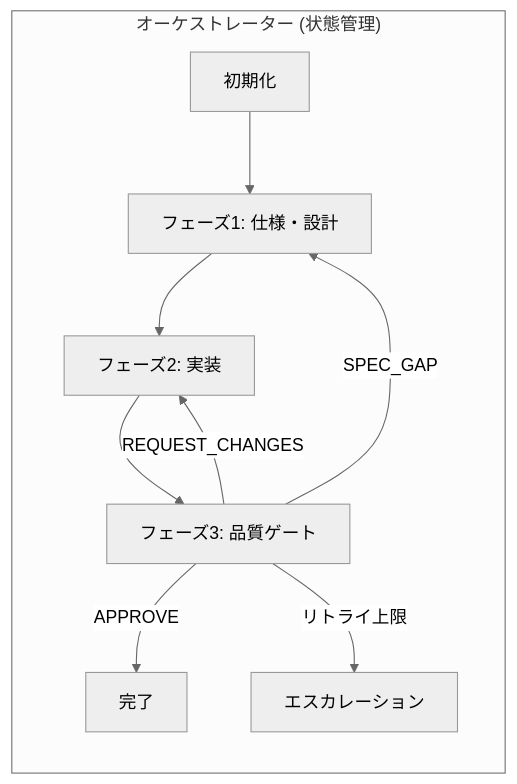
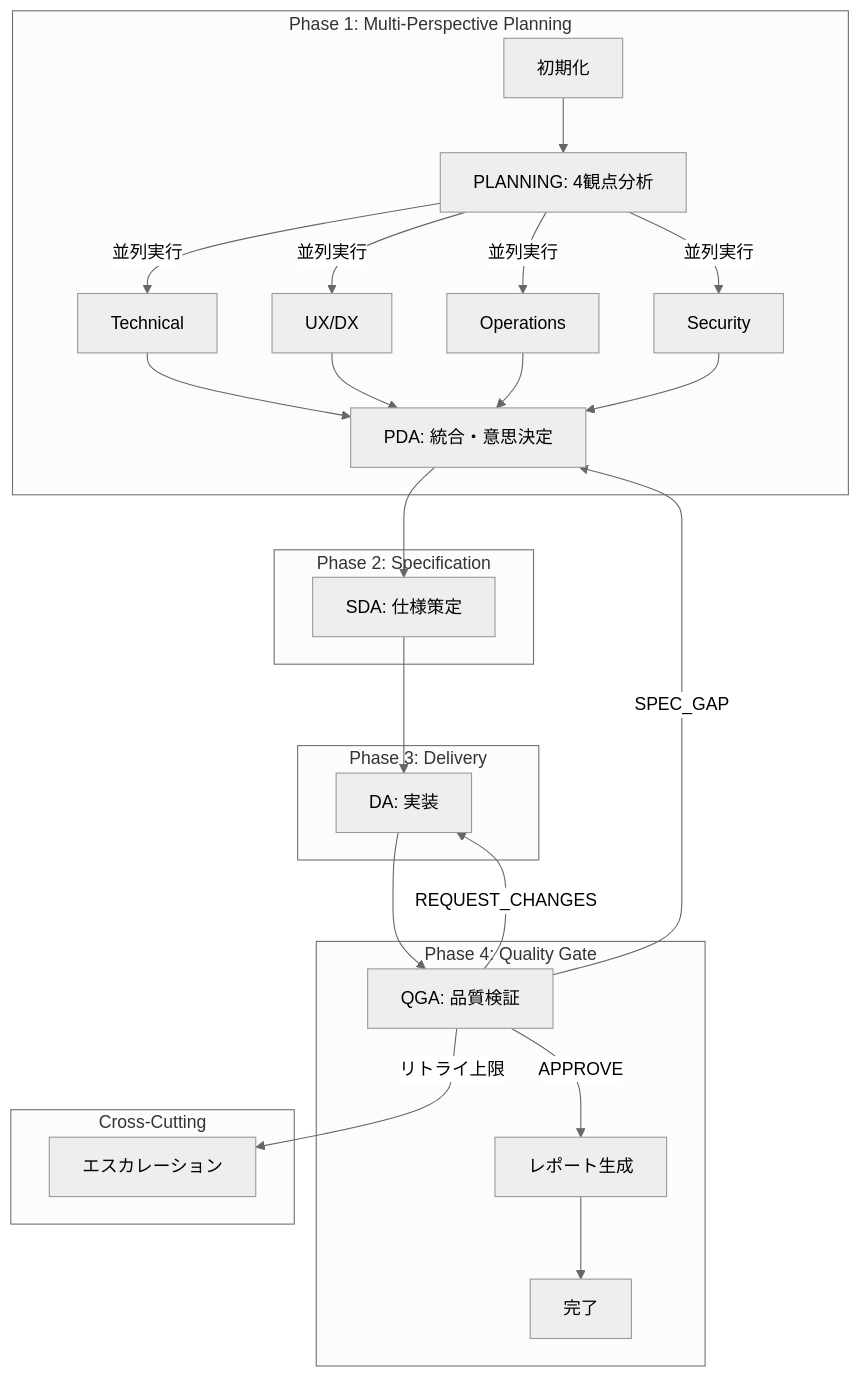
Before and after one commit to krhrtky/dotfiles: the diagram in config/claude/commands/multi-agent.md, drawn with Mermaid (neutral theme). The commit also changed other lines of this file and 4 other files, not shown here.

````diff
--- a/config/claude/commands/multi-agent.md
+++ b/config/claude/commands/multi-agent.md
@@ -13,12 +104,31 @@
 ```mermaid
-flowchart LR
-  subgraph Orchestrator["オーケストレーター (状態管理)"]
-    INIT[初期化] --> SDA
-    SDA[フェーズ1: 仕様・設計] --> DA
-    DA[フェーズ2: 実装] --> QGA
-    QGA[フェーズ3: 品質ゲート] -->|APPROVE| COMPLETE[完了]
-    QGA -->|REQUEST_CHANGES| DA
-    QGA -->|SPEC_GAP| SDA
-    QGA -->|リトライ上限| ESCALATE[エスカレーション]
-  end
+flowchart TB
+    subgraph "Phase 1: Multi-Perspective Planning"
+        INIT[初期化] --> PLANNING[PLANNING: 4観点分析]
+        PLANNING --> |並列実行| TECH[Technical]
+        PLANNING --> |並列実行| UX[UX/DX]
+        PLANNING --> |並列実行| OPS[Operations]
+        PLANNING --> |並列実行| SEC[Security]
+        TECH & UX & OPS & SEC --> PDA[PDA: 統合・意思決定]
+    end
+
+    subgraph "Phase 2: Specification"
+        PDA --> SDA[SDA: 仕様策定]
+    end
+
+    subgraph "Phase 3: Delivery"
+        SDA --> DA[DA: 実装]
+    end
+
+    subgraph "Phase 4: Quality Gate"
+        DA --> QGA[QGA: 品質検証]
+        QGA --> |APPROVE| RPT[レポート生成]
+        QGA --> |REQUEST_CHANGES| DA
+        QGA --> |SPEC_GAP| PDA
+        RPT --> COMPLETE[完了]
+    end
+
+    subgraph "Cross-Cutting"
+        QGA --> |リトライ上限| ESCALATE[エスカレーション]
+    end
 ```
````
